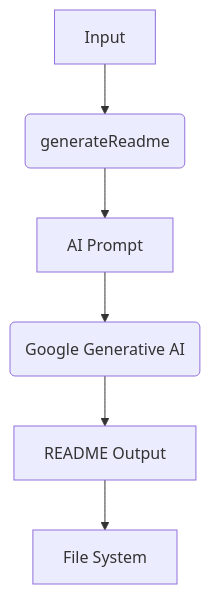
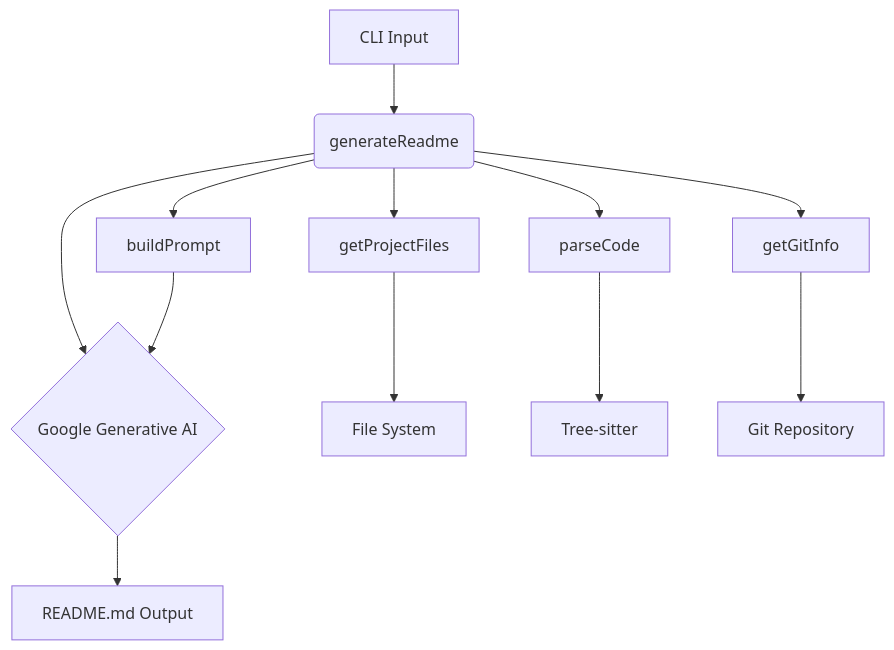
One commit to PIYUSH1SAINI/ReadMe-wiz changed the first of 2 diagrams in README.md. Above: the diagram before and after it, drawn with Mermaid. The commit also changed other lines of this file and 3 other files, not shown here.

````diff
--- a/README.md
+++ b/README.md
@@ -30,8 +29,15 @@
 ```mermaid
 graph TD
-    A[Input] --> B(generateReadme);
-    B --> C[AI Prompt];
-    C --> D(Google Generative AI);
-    D --> E[README Output];
+    A[CLI Input] --> B(generateReadme);
+    B --> C{Google Generative AI};
+    C --> D[README.md Output];
+    B --> E[getProjectFiles];
     E --> F[File System];
+    B --> G[parseCode];
+    G --> H[Tree-sitter];
+    B --> I[getGitInfo];
+    I --> J[Git Repository];
+    B --> K[buildPrompt];
+    K --> C;
+
 ```
````
